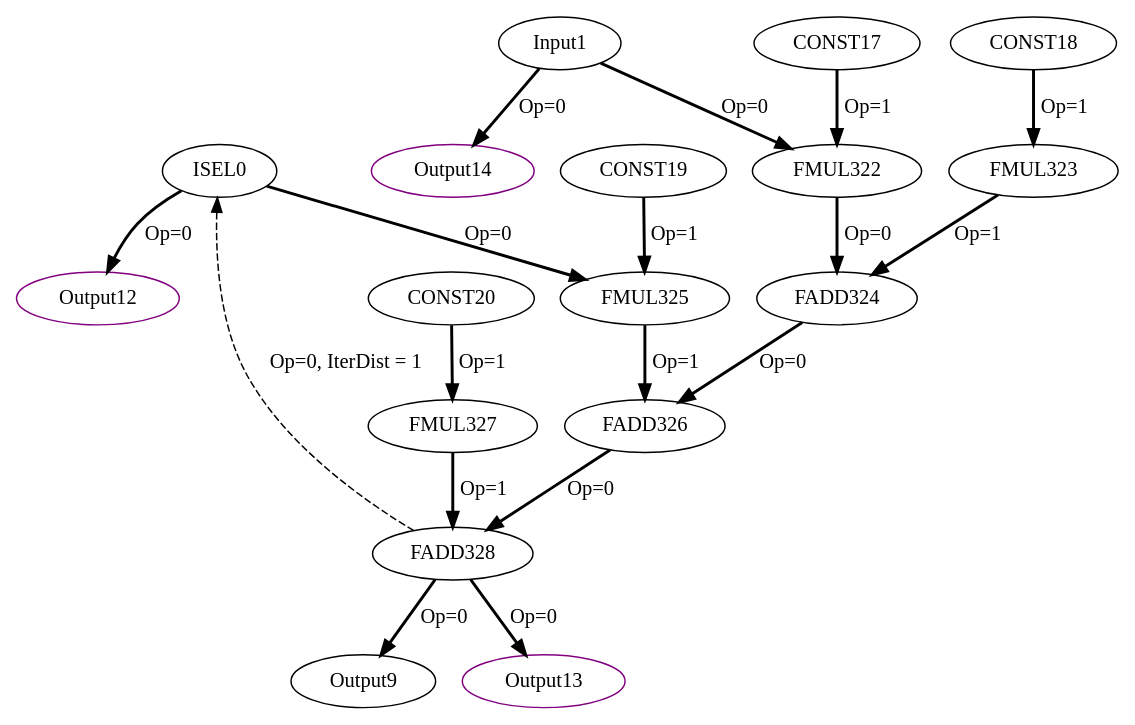
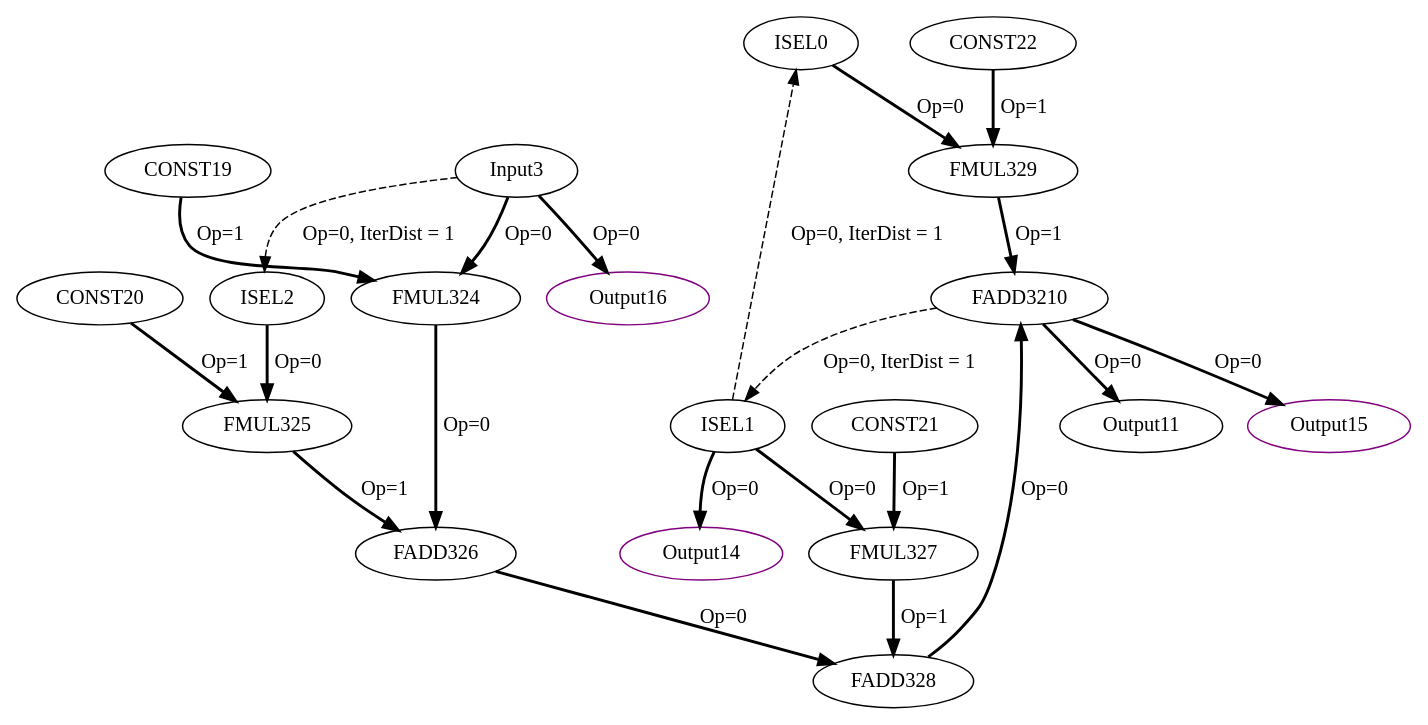
The diagram in experiment/Cbenchmarks/Polybench/medley/deriche/deriche_mini/IR/2_dfgs/kernel_deriche_0_CDFG.dot (MIONkb/adora-compiler), drawn with Graphviz before and after one commit. The commit also changed 42 other files, not shown here.

```diff
--- a/experiment/Cbenchmarks/Polybench/medley/deriche/deriche_mini/IR/2_dfgs/kernel_deriche_0_CDFG.dot
+++ b/experiment/Cbenchmarks/Polybench/medley/deriche/deriche_mini/IR/2_dfgs/kernel_deriche_0_CDFG.dot
@@ -1,36 +1,42 @@
 Digraph G {
-ISEL0[opcode = "ISEL", acc_params="0,64,1,1", acc_first=1, color = black];
-Input1[opcode = "Input", ref_name="kernel_deriche_0_0", size="8192", offset="0,0", pattern="4,64,4,32", color = black];
-FMUL322[opcode = "FMUL32", color = black];
-FMUL323[opcode = "FMUL32", color = black];
-FADD324[opcode = "FADD32", color = black];
+ISEL0[opcode = "ISEL", acc_params="0,64,1,32", acc_first=1, color = black];
+ISEL1[opcode = "ISEL", acc_params="0,64,1,32", acc_first=1, color = black];
+ISEL2[opcode = "ISEL", acc_params="0,64,1,32", acc_first=1, color = black];
+Input3[opcode = "Input", ref_name="kernel_deriche_0_0", size="8192", offset="0,0", pattern="4,64,4,32", color = black];
+FMUL324[opcode = "FMUL32", color = black];
 FMUL325[opcode = "FMUL32", color = black];
 FADD326[opcode = "FADD32", color = black];
 FMUL327[opcode = "FMUL32", color = black];
 FADD328[opcode = "FADD32", color = black];
-Output9[opcode = "Output", ref_name="kernel_deriche_0_1", size="8192", offset="0,0", pattern="4,64,4,32", color = black];
-Output12[opcode = "Output", ref_name="kernel_deriche_0_3", size="8", offset="0,0", pattern="0,64,0,32", color = purple];
-Output13[opcode = "Output", ref_name="kernel_deriche_0_4", size="8", offset="0,0", pattern="0,64,0,32", color = purple];
-Output14[opcode = "Output", ref_name="kernel_deriche_0_2", size="8", offset="0,0", pattern="0,64,0,32", color = purple];
-CONST17[opcode = "CONST", value="0xBE4135C4", color = black];
-CONST18[opcode = "CONST", value="0x3DE1B54C", color = black];
-CONST19[opcode = "CONST", value="0x3F5744FD", color = black];
-CONST20[opcode = "CONST", value="0xBF1B4598", color = black];
-Input1 -> FMUL322[color = black, style = bold, operand = 0, label = "Op=0"];
-CONST17 -> FMUL322[color = black, style = bold, operand = 1, label = "Op=1"];
-CONST18 -> FMUL323[color = black, style = bold, operand = 1, label = "Op=1"];
-FMUL322 -> FADD324[color = black, style = bold, operand = 0, label = "Op=0"];
-FMUL323 -> FADD324[color = black, style = bold, operand = 1, label = "Op=1"];
-ISEL0 -> FMUL325[color = black, style = bold, operand = 0, label = "Op=0"];
-CONST19 -> FMUL325[color = black, style = bold, operand = 1, label = "Op=1"];
-FADD324 -> FADD326[color = black, style = bold, operand = 0, label = "Op=0"];
+FMUL329[opcode = "FMUL32", color = black];
+FADD3210[opcode = "FADD32", color = black];
+Output11[opcode = "Output", ref_name="kernel_deriche_0_1", size="8192", offset="0,0", pattern="4,64,4,32", color = black];
+Output14[opcode = "Output", ref_name="kernel_deriche_0_3", size="8", offset="0,0", pattern="0,64,0,32", color = purple];
+Output15[opcode = "Output", ref_name="kernel_deriche_0_4", size="8", offset="0,0", pattern="0,64,0,32", color = purple];
+Output16[opcode = "Output", ref_name="kernel_deriche_0_2", size="8", offset="0,0", pattern="0,64,0,32", color = purple];
+CONST19[opcode = "CONST", value="0xBE4135C4", color = black];
+CONST20[opcode = "CONST", value="0x3DE1B54C", color = black];
+CONST21[opcode = "CONST", value="0x3F5744FD", color = black];
+CONST22[opcode = "CONST", value="0xBF1B4598", color = black];
+Input3 -> FMUL324[color = black, style = bold, operand = 0, label = "Op=0"];
+CONST19 -> FMUL324[color = black, style = bold, operand = 1, label = "Op=1"];
+ISEL2 -> FMUL325[color = black, style = bold, operand = 0, label = "Op=0"];
+CONST20 -> FMUL325[color = black, style = bold, operand = 1, label = "Op=1"];
+FMUL324 -> FADD326[color = black, style = bold, operand = 0, label = "Op=0"];
 FMUL325 -> FADD326[color = black, style = bold, operand = 1, label = "Op=1"];
-CONST20 -> FMUL327[color = black, style = bold, operand = 1, label = "Op=1"];
+ISEL1 -> FMUL327[color = black, style = bold, operand = 0, label = "Op=0"];
+CONST21 -> FMUL327[color = black, style = bold, operand = 1, label = "Op=1"];
 FADD326 -> FADD328[color = black, style = bold, operand = 0, label = "Op=0"];
 FMUL327 -> FADD328[color = black, style = bold, operand = 1, label = "Op=1"];
-FADD328 -> Output9[color = black, style = bold, operand = 0, label = "Op=0"];
-FADD328 -> ISEL0[color = black, style = dashed, operand = 0, iterdist = 1, label = "Op=0, IterDist = 1"];
-Input1 -> Output14[color = black, style = bold, operand = 0, label = "Op=0"];
-FADD328 -> Output13[color = black, style = bold, operand = 0, label = "Op=0"];
-ISEL0 -> Output12[color = black, style = bold, operand = 0, label = "Op=0"];
+ISEL0 -> FMUL329[color = black, style = bold, operand = 0, label = "Op=0"];
+CONST22 -> FMUL329[color = black, style = bold, operand = 1, label = "Op=1"];
+FADD328 -> FADD3210[color = black, style = bold, operand = 0, label = "Op=0"];
+FMUL329 -> FADD3210[color = black, style = bold, operand = 1, label = "Op=1"];
+FADD3210 -> Output11[color = black, style = bold, operand = 0, label = "Op=0"];
+Input3 -> ISEL2[color = black, style = dashed, operand = 0, iterdist = 1, label = "Op=0, IterDist = 1"];
+FADD3210 -> ISEL1[color = black, style = dashed, operand = 0, iterdist = 1, label = "Op=0, IterDist = 1"];
+ISEL1 -> ISEL0[color = black, style = dashed, operand = 0, iterdist = 1, label = "Op=0, IterDist = 1"];
+Input3 -> Output16[color = black, style = bold, operand = 0, label = "Op=0"];
+FADD3210 -> Output15[color = black, style = bold, operand = 0, label = "Op=0"];
+ISEL1 -> Output14[color = black, style = bold, operand = 0, label = "Op=0"];
 }
```
